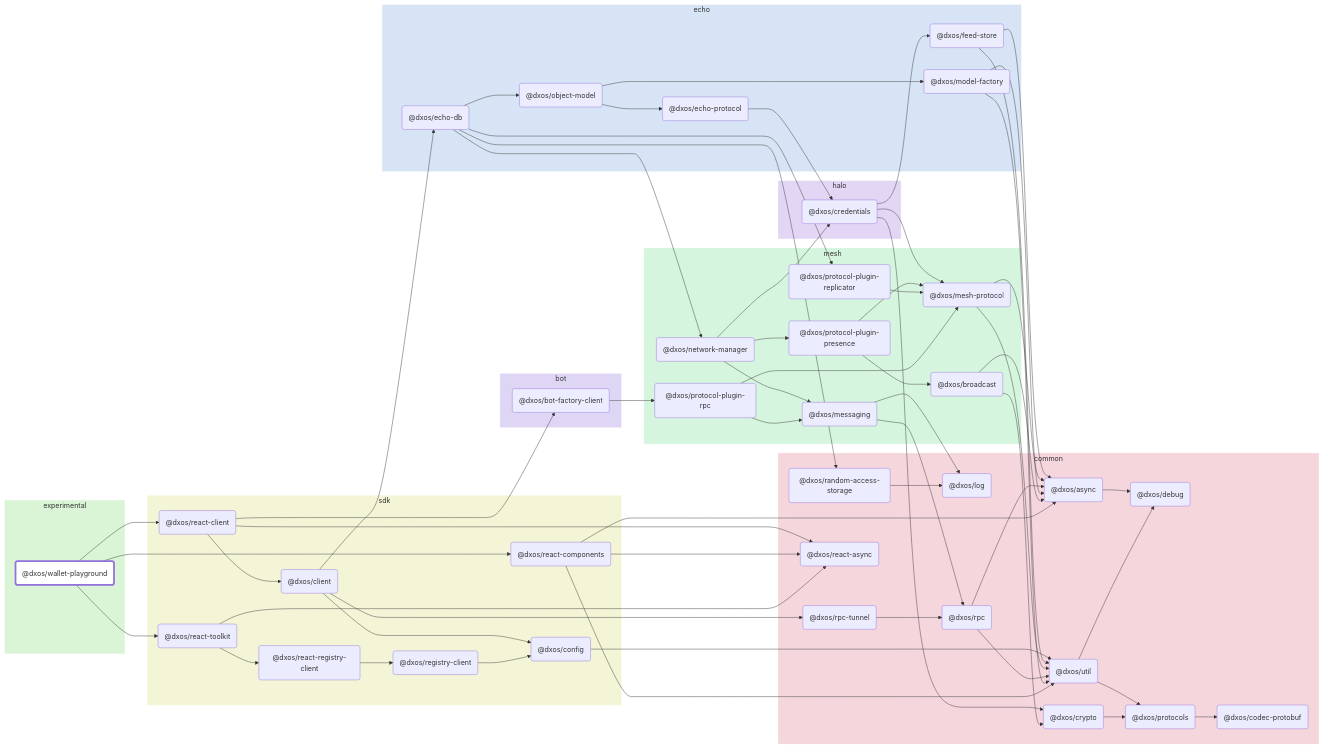
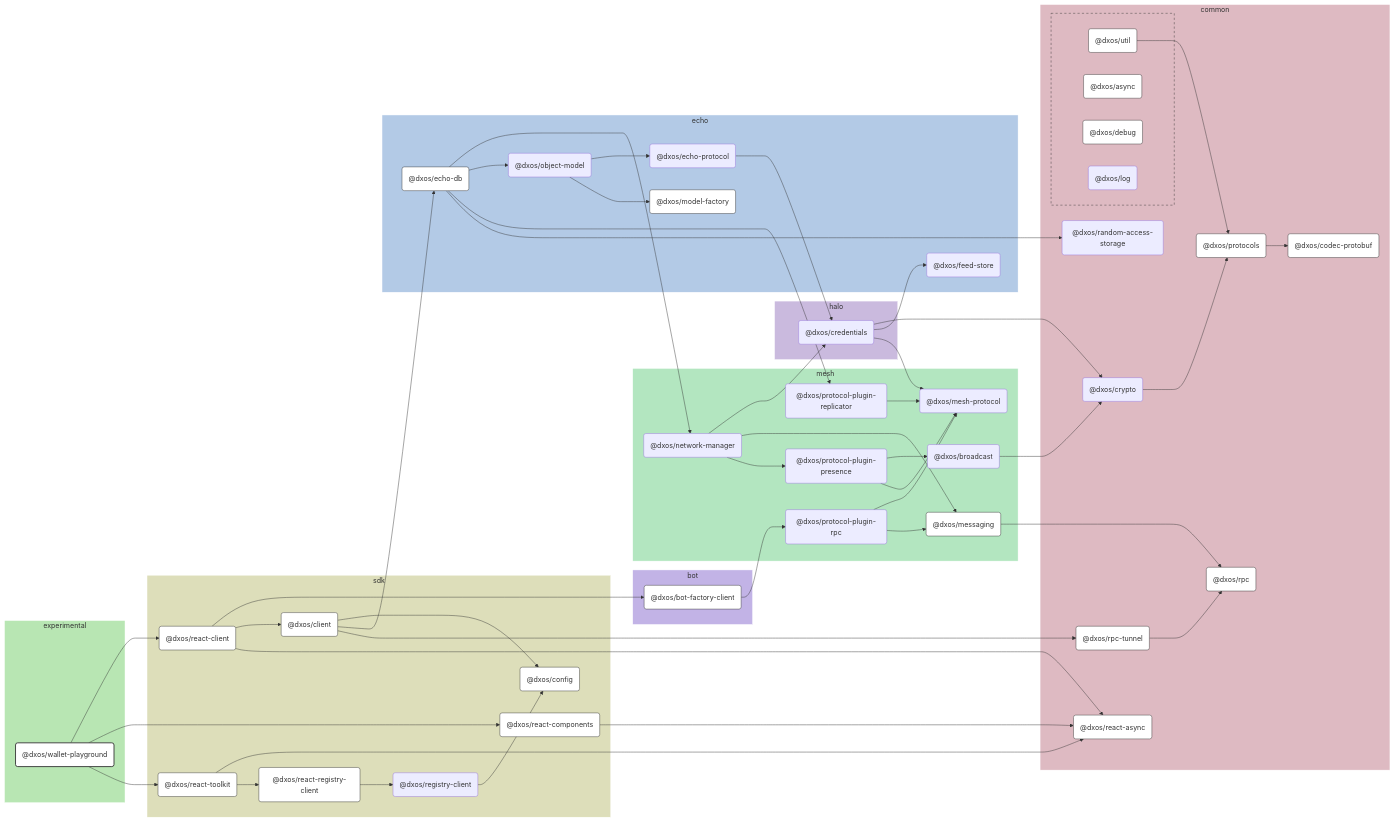
Before and after one commit to dxos/dxos: the diagram in apps/experimental/wallet-playground/docs/README.md, drawn with Mermaid. The commit also changed 100 other files, not shown here.

````diff
--- a/apps/experimental/wallet-playground/docs/README.md
+++ b/apps/experimental/wallet-playground/docs/README.md
@@ -7,141 +7,167 @@
 ```mermaid
-flowchart LR;
+%%{ init: {'flowchart':{'curve':'basis'}} }%%
 
-style dxos/wallet-playground fill:#fff,stroke-width:4px;
+flowchart LR
 
-click dxos/client "https:/github.com/dxos/dxos/tree/main/packages/sdk/client/docs";
-click dxos/async "https:/github.com/dxos/dxos/tree/main/packages/common/async/docs";
-click dxos/codec-protobuf "https:/github.com/dxos/dxos/tree/main/packages/common/codec-protobuf/docs";
-click dxos/config "https:/github.com/dxos/dxos/tree/main/packages/sdk/config/docs";
-click dxos/debug "https:/github.com/dxos/dxos/tree/main/packages/common/debug/docs";
-click dxos/echo-db "https:/github.com/dxos/dxos/tree/main/packages/echo/echo-db/docs";
-click dxos/model-factory "https:/github.com/dxos/dxos/tree/main/packages/echo/model-factory/docs";
-click dxos/protocols "https:/github.com/dxos/dxos/tree/main/packages/common/protocols/docs";
-click dxos/rpc "https:/github.com/dxos/dxos/tree/main/packages/common/rpc/docs";
-click dxos/rpc-tunnel "https:/github.com/dxos/dxos/tree/main/packages/common/rpc-tunnel/docs";
-click dxos/messaging "https:/github.com/dxos/dxos/tree/main/packages/mesh/messaging/docs";
-click dxos/util "https:/github.com/dxos/dxos/tree/main/packages/common/util/docs";
-click dxos/react-client "https:/github.com/dxos/dxos/tree/main/packages/sdk/react-client/docs";
-click dxos/bot-factory-client "https:/github.com/dxos/dxos/tree/main/packages/bot/bot-factory-client/docs";
-click dxos/react-async "https:/github.com/dxos/dxos/tree/main/packages/common/react-async/docs";
-click dxos/react-components "https:/github.com/dxos/dxos/tree/main/packages/sdk/react-components/docs";
-click dxos/react-toolkit "https:/github.com/dxos/dxos/tree/main/packages/sdk/react-toolkit/docs";
-click dxos/react-registry-client "https:/github.com/dxos/dxos/tree/main/packages/sdk/react-registry-client/docs";
+%% Links
+dxos/bot-factory-client --> dxos/protocol-plugin-rpc;
+dxos/broadcast --> dxos/crypto;
+dxos/client --> dxos/config;
+dxos/client --> dxos/echo-db;
+dxos/client --> dxos/rpc-tunnel;
+dxos/credentials --> dxos/crypto;
+dxos/credentials --> dxos/feed-store;
+dxos/credentials --> dxos/mesh-protocol;
+dxos/crypto --> dxos/protocols;
+dxos/echo-db --> dxos/network-manager;
+dxos/echo-db --> dxos/object-model;
+dxos/echo-db --> dxos/protocol-plugin-replicator;
+dxos/echo-db --> dxos/random-access-storage;
+dxos/echo-protocol --> dxos/credentials;
+dxos/messaging --> dxos/rpc;
+dxos/network-manager --> dxos/credentials;
+dxos/network-manager --> dxos/messaging;
+dxos/network-manager --> dxos/protocol-plugin-presence;
+dxos/object-model --> dxos/echo-protocol;
+dxos/object-model --> dxos/model-factory;
+dxos/protocol-plugin-presence --> dxos/broadcast;
+dxos/protocol-plugin-presence --> dxos/mesh-protocol;
+dxos/protocol-plugin-replicator --> dxos/mesh-protocol;
+dxos/protocol-plugin-rpc --> dxos/mesh-protocol;
+dxos/protocol-plugin-rpc --> dxos/messaging;
+dxos/protocols --> dxos/codec-protobuf;
+dxos/react-client --> dxos/bot-factory-client;
+dxos/react-client --> dxos/client;
+dxos/react-client --> dxos/react-async;
+dxos/react-components --> dxos/react-async;
+dxos/react-registry-client --> dxos/registry-client;
+dxos/react-toolkit --> dxos/react-async;
+dxos/react-toolkit --> dxos/react-registry-client;
+dxos/registry-client --> dxos/config;
+dxos/rpc-tunnel --> dxos/rpc;
+dxos/util --> dxos/protocols;
+dxos/wallet-playground --> dxos/react-client;
+dxos/wallet-playground --> dxos/react-components;
+dxos/wallet-playground --> dxos/react-toolkit;
 
+%% Sections
 subgraph experimental
-  style experimental fill:#d9f5d6,stroke:#fff;
-  dxos/wallet-playground("@dxos/wallet-playground");
+  style experimental fill:#b8e6b3,stroke:#fff;
+
+  dxos/wallet-playground("@dxos/wallet-playground")
 end
 
 subgraph sdk
-  style sdk fill:#f4f5d6,stroke:#fff;
-  dxos/client("@dxos/client");
-  dxos/config("@dxos/config");
-  dxos/react-client("@dxos/react-client");
-  dxos/react-components("@dxos/react-components");
-  dxos/react-toolkit("@dxos/react-toolkit");
-  dxos/react-registry-client("@dxos/react-registry-client");
-  dxos/registry-client("@dxos/registry-client");
+  style sdk fill:#dddeba,stroke:#fff;
+
+  dxos/client("@dxos/client")
+  dxos/config("@dxos/config")
+  dxos/react-client("@dxos/react-client")
+  dxos/react-components("@dxos/react-components")
+  dxos/react-registry-client("@dxos/react-registry-client")
+  dxos/react-toolkit("@dxos/react-toolkit")
+  dxos/registry-client("@dxos/registry-client")
 end
 
 subgraph common
-  style common fill:#f5d6dd,stroke:#fff;
-  dxos/async("@dxos/async");
-  dxos/debug("@dxos/debug");
-  dxos/codec-protobuf("@dxos/codec-protobuf");
-  dxos/protocols("@dxos/protocols");
-  dxos/util("@dxos/util");
-  dxos/log("@dxos/log");
-  dxos/crypto("@dxos/crypto");
-  dxos/rpc("@dxos/rpc");
-  dxos/random-access-storage("@dxos/random-access-storage");
-  dxos/rpc-tunnel("@dxos/rpc-tunnel");
-  dxos/react-async("@dxos/react-async");
+  style common fill:#debac2,stroke:#fff;
+
+  dxos/codec-protobuf("@dxos/codec-protobuf")
+  dxos/crypto("@dxos/crypto")
+  dxos/protocols("@dxos/protocols")
+  dxos/random-access-storage("@dxos/random-access-storage")
+  dxos/react-async("@dxos/react-async")
+  dxos/rpc("@dxos/rpc")
+  dxos/rpc-tunnel("@dxos/rpc-tunnel")
+
+  subgraph common-excluded [ ]
+    style common-excluded fill:#debac2,stroke:#333,stroke-dasharray:5 5;
+
+    dxos/async("@dxos/async")
+    dxos/debug("@dxos/debug")
+    dxos/log("@dxos/log")
+    dxos/util("@dxos/util")
+  end
 end
 
 subgraph echo
-  style echo fill:#d6e4f5,stroke:#fff;
-  dxos/echo-db("@dxos/echo-db");
-  dxos/feed-store("@dxos/feed-store");
-  dxos/echo-protocol("@dxos/echo-protocol");
-  dxos/model-factory("@dxos/model-factory");
-  dxos/object-model("@dxos/object-model");
+  style echo fill:#b3cae6,stroke:#fff;
+
+  dxos/echo-db("@dxos/echo-db")
+  dxos/echo-protocol("@dxos/echo-protocol")
+  dxos/feed-store("@dxos/feed-store")
+  dxos/model-factory("@dxos/model-factory")
+  dxos/object-model("@dxos/object-model")
 end
 
 subgraph halo
-  style halo fill:#e3d6f5,stroke:#fff;
-  dxos/credentials("@dxos/credentials");
+  style halo fill:#cabade,stroke:#fff;
+
+  dxos/credentials("@dxos/credentials")
 end
 
 subgraph mesh
-  style mesh fill:#d6f5de,stroke:#fff;
-  dxos/mesh-protocol("@dxos/mesh-protocol");
-  dxos/messaging("@dxos/messaging");
-  dxos/network-manager("@dxos/network-manager");
-  dxos/protocol-plugin-presence("@dxos/protocol-plugin-presence");
-  dxos/broadcast("@dxos/broadcast");
-  dxos/protocol-plugin-replicator("@dxos/protocol-plugin-replicator");
-  dxos/protocol-plugin-rpc("@dxos/protocol-plugin-rpc");
+  style mesh fill:#b3e6c0,stroke:#fff;
+
+  dxos/broadcast("@dxos/broadcast")
+  dxos/mesh-protocol("@dxos/mesh-protocol")
+  dxos/messaging("@dxos/messaging")
+  dxos/network-manager("@dxos/network-manager")
+  dxos/protocol-plugin-presence("@dxos/protocol-plugin-presence")
+  dxos/protocol-plugin-replicator("@dxos/protocol-plugin-replicator")
+  dxos/protocol-plugin-rpc("@dxos/protocol-plugin-rpc")
 end
 
 subgraph bot
-  style bot fill:#dfd6f5,stroke:#fff;
-  dxos/bot-factory-client("@dxos/bot-factory-client");
+  style bot fill:#c2b3e6,stroke:#fff;
+
+  dxos/bot-factory-client("@dxos/bot-factory-client")
 end
 
-dxos/async --> dxos/debug;
-dxos/client --> dxos/config;
-dxos/protocols --> dxos/codec-protobuf;
-dxos/config --> dxos/util;
-dxos/util --> dxos/debug;
-dxos/util --> dxos/protocols;
-dxos/client --> dxos/echo-db;
-dxos/credentials --> dxos/crypto;
-dxos/crypto --> dxos/protocols;
-dxos/credentials --> dxos/feed-store;
-dxos/feed-store --> dxos/async;
-dxos/feed-store --> dxos/util;
-dxos/credentials --> dxos/mesh-protocol;
-dxos/mesh-protocol --> dxos/async;
-dxos/mesh-protocol --> dxos/util;
-dxos/echo-protocol --> dxos/credentials;
-dxos/messaging --> dxos/log;
-dxos/messaging --> dxos/rpc;
-dxos/rpc --> dxos/async;
-dxos/rpc --> dxos/util;
-dxos/model-factory --> dxos/async;
-dxos/model-factory --> dxos/util;
-dxos/echo-db --> dxos/network-manager;
-dxos/network-manager --> dxos/credentials;
-dxos/network-manager --> dxos/messaging;
-dxos/network-manager --> dxos/protocol-plugin-presence;
-dxos/protocol-plugin-presence --> dxos/broadcast;
-dxos/broadcast --> dxos/async;
-dxos/broadcast --> dxos/crypto;
-dxos/protocol-plugin-presence --> dxos/mesh-protocol;
-dxos/echo-db --> dxos/object-model;
-dxos/object-model --> dxos/echo-protocol;
-dxos/object-model --> dxos/model-factory;
-dxos/echo-db --> dxos/protocol-plugin-replicator;
-dxos/protocol-plugin-replicator --> dxos/mesh-protocol;
-dxos/echo-db --> dxos/random-access-storage;
-dxos/random-access-storage --> dxos/log;
-dxos/client --> dxos/rpc-tunnel;
-dxos/rpc-tunnel --> dxos/rpc;
-dxos/wallet-playground --> dxos/react-client;
-dxos/react-client --> dxos/bot-factory-client;
-dxos/bot-factory-client --> dxos/protocol-plugin-rpc;
-dxos/protocol-plugin-rpc --> dxos/messaging;
-dxos/protocol-plugin-rpc --> dxos/mesh-protocol;
-dxos/react-client --> dxos/client;
-dxos/react-client --> dxos/react-async;
-dxos/wallet-playground --> dxos/react-components;
-dxos/react-components --> dxos/async;
-dxos/react-components --> dxos/react-async;
-dxos/react-components --> dxos/util;
-dxos/wallet-playground --> dxos/react-toolkit;
-dxos/react-toolkit --> dxos/react-async;
-dxos/react-toolkit --> dxos/react-registry-client;
-dxos/react-registry-client --> dxos/registry-client;
-dxos/registry-client --> dxos/config;
+
+%% Hyperlinks
+click dxos/async href "https:/github.com/dxos/dxos/tree/main/packages/common/async/docs";
+click dxos/bot-factory-client href "https:/github.com/dxos/dxos/tree/main/packages/bot/bot-factory-client/docs";
+click dxos/client href "https:/github.com/dxos/dxos/tree/main/packages/sdk/client/docs";
+click dxos/codec-protobuf href "https:/github.com/dxos/dxos/tree/main/packages/common/codec-protobuf/docs";
+click dxos/config href "https:/github.com/dxos/dxos/tree/main/packages/sdk/config/docs";
+click dxos/debug href "https:/github.com/dxos/dxos/tree/main/packages/common/debug/docs";
+click dxos/echo-db href "https:/github.com/dxos/dxos/tree/main/packages/echo/echo-db/docs";
+click dxos/messaging href "https:/github.com/dxos/dxos/tree/main/packages/mesh/messaging/docs";
+click dxos/model-factory href "https:/github.com/dxos/dxos/tree/main/packages/echo/model-factory/docs";
+click dxos/protocols href "https:/github.com/dxos/dxos/tree/main/packages/common/protocols/docs";
+click dxos/react-async href "https:/github.com/dxos/dxos/tree/main/packages/common/react-async/docs";
+click dxos/react-client href "https:/github.com/dxos/dxos/tree/main/packages/sdk/react-client/docs";
+click dxos/react-components href "https:/github.com/dxos/dxos/tree/main/packages/sdk/react-components/docs";
+click dxos/react-registry-client href "https:/github.com/dxos/dxos/tree/main/packages/sdk/react-registry-client/docs";
+click dxos/react-toolkit href "https:/github.com/dxos/dxos/tree/main/packages/sdk/react-toolkit/docs";
+click dxos/rpc href "https:/github.com/dxos/dxos/tree/main/packages/common/rpc/docs";
+click dxos/rpc-tunnel href "https:/github.com/dxos/dxos/tree/main/packages/common/rpc-tunnel/docs";
+click dxos/util href "https:/github.com/dxos/dxos/tree/main/packages/common/util/docs";
+
+%% Styles
+classDef rootNode fill:#fff,stroke:#333,stroke-width:2px
+classDef defaultNode fill:#fff,stroke:#333,stroke-width:1px
+linkStyle default stroke:#333,stroke-width:1px
+
+dxos/wallet-playground:::rootNode
+
+dxos/async:::defaultNode
+dxos/bot-factory-client:::defaultNode
+dxos/client:::defaultNode
+dxos/codec-protobuf:::defaultNode
+dxos/config:::defaultNode
+dxos/debug:::defaultNode
+dxos/echo-db:::defaultNode
+dxos/messaging:::defaultNode
+dxos/model-factory:::defaultNode
+dxos/protocols:::defaultNode
+dxos/react-async:::defaultNode
+dxos/react-client:::defaultNode
+dxos/react-components:::defaultNode
+dxos/react-registry-client:::defaultNode
+dxos/react-toolkit:::defaultNode
+dxos/rpc:::defaultNode
+dxos/rpc-tunnel:::defaultNode
+dxos/util:::defaultNode
 ```
````
